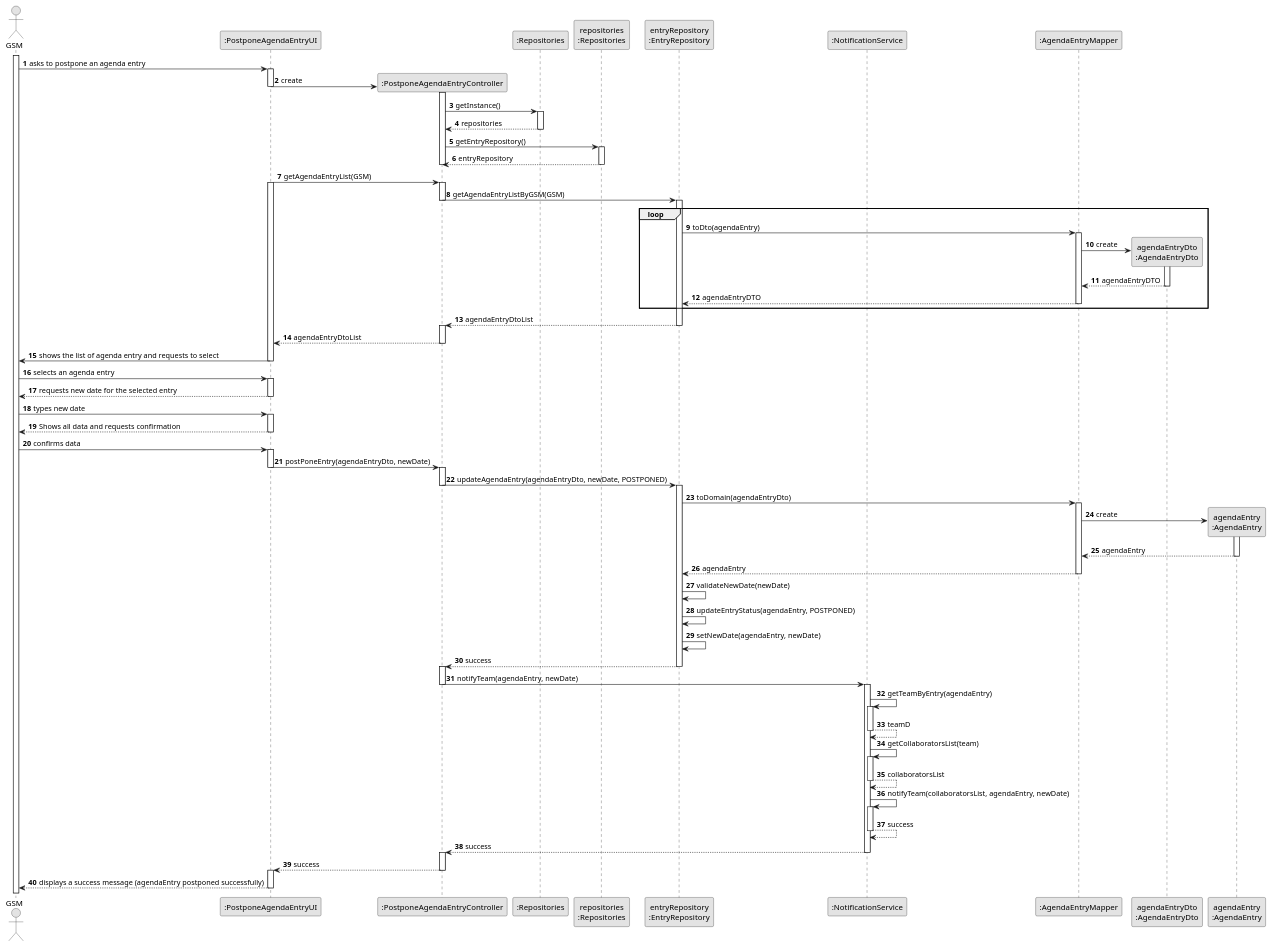
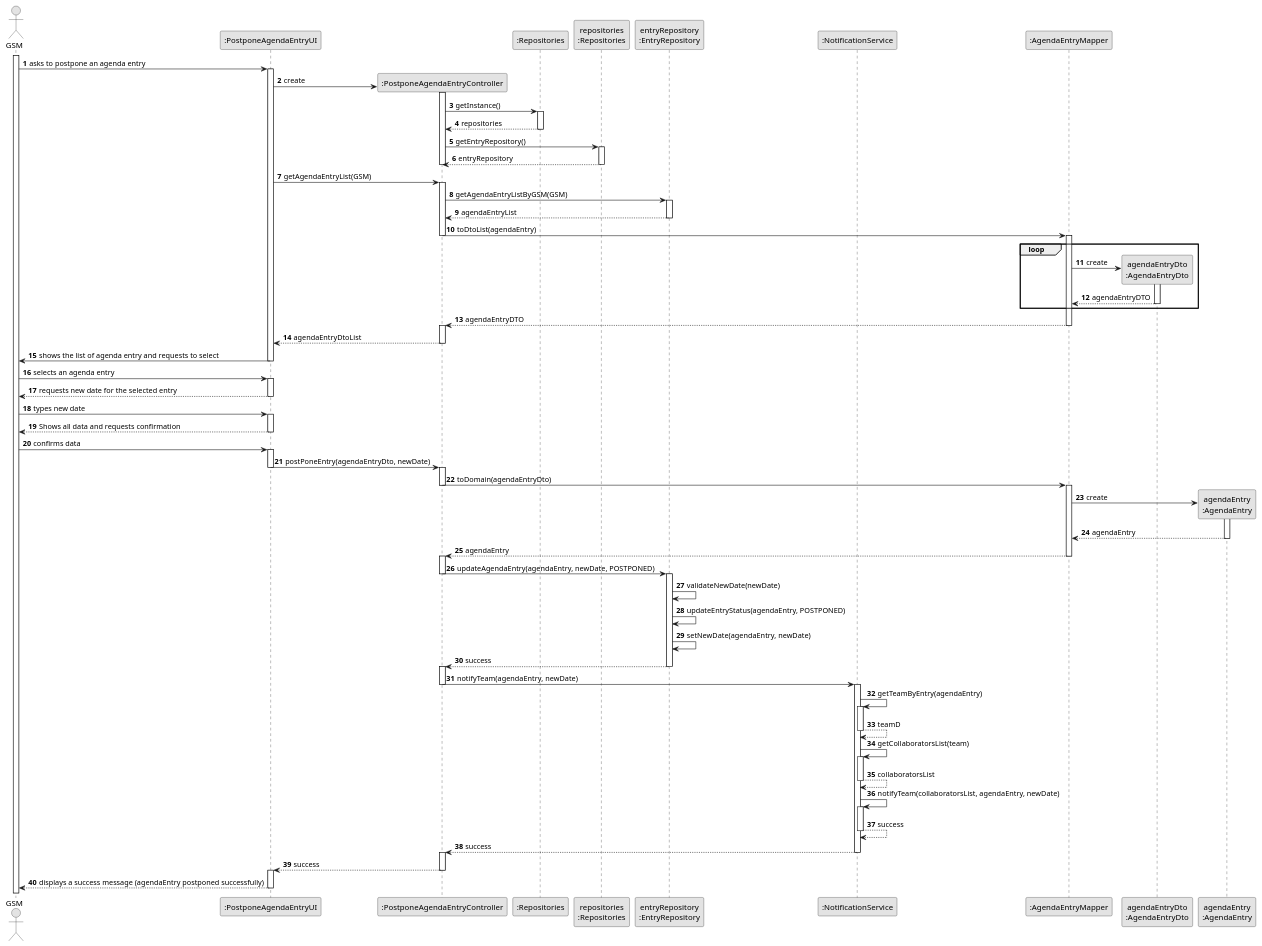
One commit to ricardomm7/leaflink changed the diagram in docs/sprintC/us024/03.design/puml/us024-sequence-diagram-full.puml. Above: the diagram before and after it, drawn with PlantUML. The commit also changed 13 other files, not shown here.

```diff
--- a/docs/sprintC/us024/03.design/puml/us024-sequence-diagram-full.puml
+++ b/docs/sprintC/us024/03.design/puml/us024-sequence-diagram-full.puml
@@ -1,158 +1,161 @@
 @startuml
 skinparam monochrome true
 skinparam packageStyle rectangle
 skinparam shadowing false
 
 autonumber
 
 actor "GSM" as GSM
 participant ":PostponeAgendaEntryUI" as UI
 participant ":PostponeAgendaEntryController" as CTRL
 participant ":Repositories" as RepositorySingleton
 participant "repositories\n:Repositories" as PLAT
 participant "entryRepository\n:EntryRepository" as EntryRepo
 participant ":NotificationService" as NotificationService
 participant ":AgendaEntryMapper" as AgendaEntryMapper
 participant "agendaEntryDto\n:AgendaEntryDto" as AgendaEntryDto
 participant "agendaEntry\n:AgendaEntry" as AgendaEntry
 
 
 
 activate GSM
 
     GSM -> UI : asks to postpone an agenda entry
     activate UI
 
         UI -> CTRL **: create
-        deactivate UI
         activate CTRL
 
             CTRL -> RepositorySingleton : getInstance()
             activate RepositorySingleton
 
                 RepositorySingleton --> CTRL : repositories
             deactivate RepositorySingleton
 
             CTRL -> PLAT : getEntryRepository()
             activate PLAT
 
                 PLAT --> CTRL : entryRepository
             deactivate PLAT
 
              deactivate CTRL
 
-        deactivate UI
 
         UI -> CTRL: getAgendaEntryList(GSM)
-        activate UI
+
         activate CTRL
 
             CTRL -> EntryRepo: getAgendaEntryListByGSM(GSM)
-            deactivate CTRL
             activate EntryRepo
 
-            loop
+            EntryRepo --> CTRL: agendaEntryList
+            deactivate EntryRepo
 
-            EntryRepo -> AgendaEntryMapper : toDto(agendaEntry)
+            CTRL -> AgendaEntryMapper : toDtoList(agendaEntry)
+            deactivate CTRL
             activate AgendaEntryMapper
 
+            loop
                 AgendaEntryMapper -> AgendaEntryDto** : create
                 activate AgendaEntryDto
 
                 AgendaEntryDto --> AgendaEntryMapper : agendaEntryDTO
                 deactivate AgendaEntryDto
+            end
+            AgendaEntryMapper --> CTRL : agendaEntryDTO
+            deactivate AgendaEntryMapper
+            activate CTRL
 
-            AgendaEntryMapper --> EntryRepo : agendaEntryDTO
-            deactivate AgendaEntryMapper
-            end
-
-            EntryRepo --> CTRL : agendaEntryDtoList
-            deactivate EntryRepo
-            activate CTRL
 
             CTRL --> UI : agendaEntryDtoList
         deactivate CTRL
 
         UI -> GSM : shows the list of agenda entry and requests to select
     deactivate UI
 
     GSM -> UI : selects an agenda entry
     activate UI
 
         UI --> GSM : requests new date for the selected entry
     deactivate UI
 
     GSM -> UI : types new date
     activate UI
 
     UI --> GSM : Shows all data and requests confirmation
     deactivate UI
 
     GSM -> UI: confirms data
     activate UI
 
         UI -> CTRL : postPoneEntry(agendaEntryDto, newDate)
         deactivate UI
         activate CTRL
 
-
-            CTRL -> EntryRepo : updateAgendaEntry(agendaEntryDto, newDate, POSTPONED)
+            CTRL -> AgendaEntryMapper : toDomain(agendaEntryDto)
             deactivate CTRL
-            activate EntryRepo
-
-            EntryRepo -> AgendaEntryMapper : toDomain(agendaEntryDto)
             activate AgendaEntryMapper
-
 
                 AgendaEntryMapper -> AgendaEntry** : create
                 activate AgendaEntry
 
                 AgendaEntry --> AgendaEntryMapper : agendaEntry
                 deactivate AgendaEntry
 
+            AgendaEntryMapper --> CTRL : agendaEntry
+            deactivate AgendaEntryMapper
+            activate CTRL
 
-            AgendaEntryMapper --> EntryRepo : agendaEntry
-            deactivate AgendaEntryMapper
+            CTRL -> EntryRepo : updateAgendaEntry(agendaEntry, newDate, POSTPONED)
+            deactivate CTRL
+            activate EntryRepo
+
+
+
+
+
+
+
 
                 EntryRepo -> EntryRepo : validateNewDate(newDate)
                 EntryRepo -> EntryRepo : updateEntryStatus(agendaEntry, POSTPONED)
                 EntryRepo -> EntryRepo : setNewDate(agendaEntry, newDate)
 
             EntryRepo --> CTRL : success
             deactivate EntryRepo
             activate CTRL
 
             CTRL -> NotificationService : notifyTeam(agendaEntry, newDate)
             deactivate CTRL
             activate NotificationService
 
                 NotificationService -> NotificationService : getTeamByEntry(agendaEntry)
                 activate NotificationService
 
                 NotificationService --> NotificationService : teamD
                 deactivate NotificationService
 
                 NotificationService -> NotificationService : getCollaboratorsList(team)
                 activate NotificationService
 
                 NotificationService --> NotificationService : collaboratorsList
                 deactivate NotificationService
 
                 NotificationService -> NotificationService : notifyTeam(collaboratorsList, agendaEntry, newDate)
                 activate NotificationService
 
                 NotificationService --> NotificationService : success
                 deactivate NotificationService
 
                 NotificationService --> CTRL : success
                 deactivate NotificationService
         activate CTRL
 
         CTRL --> UI : success
     deactivate CTRL
     activate UI
 
     UI --> GSM : displays a success message (agendaEntry postponed successfully)
 deactivate UI
 
 @enduml
```
